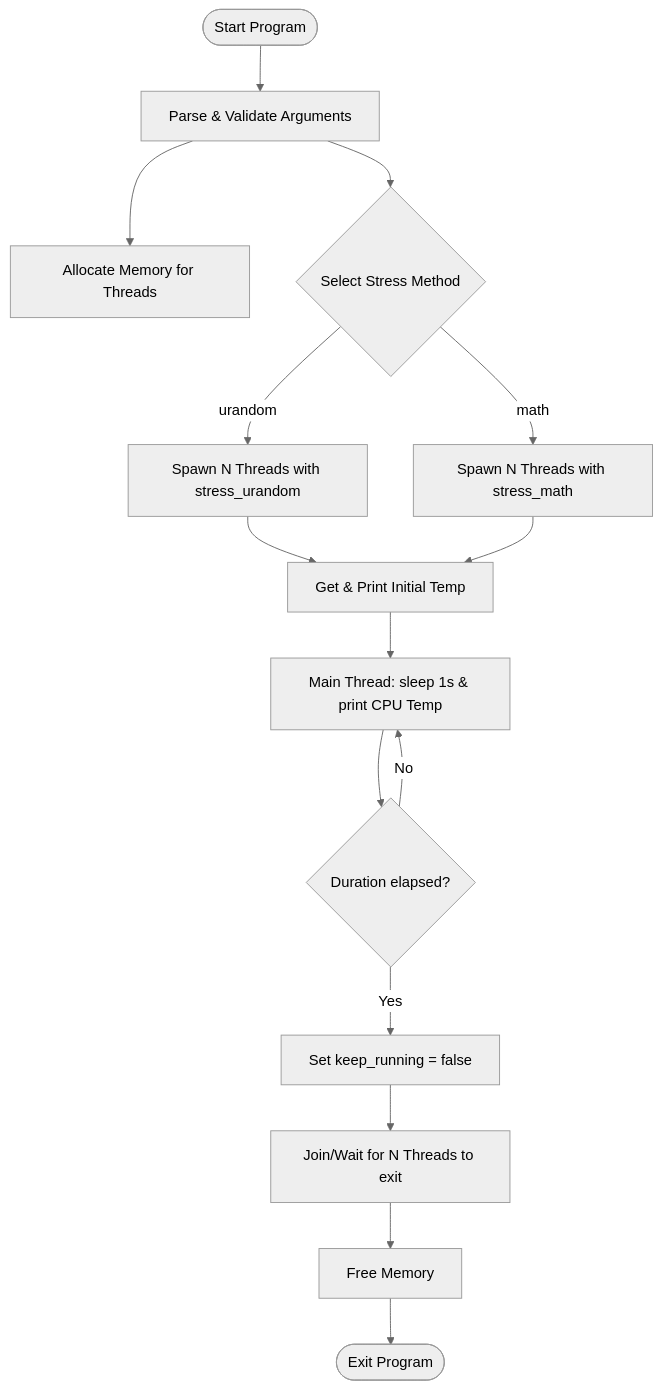
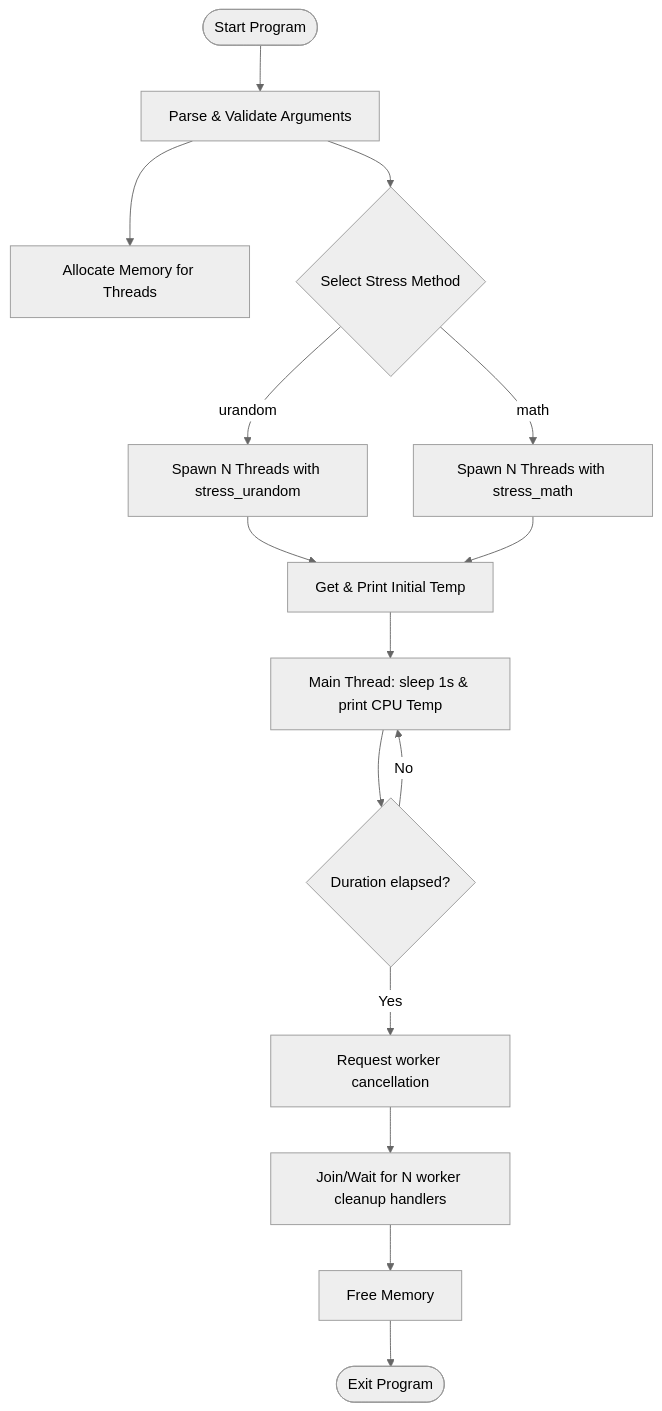
One commit to tiborh/cpu_stress_test changed the first of 2 diagrams in doc/cpu_stress.md. Above: the diagram before and after it, drawn with Mermaid (neutral theme). The commit also changed other lines of this file and 2 other files, not shown here.

Commit message:
copilot: Address the worker-stop synchronization

````diff
--- a/doc/cpu_stress.md
+++ b/doc/cpu_stress.md
@@ -182,17 +182,17 @@
 ```mermaid
 graph TD
     A([Start Program]) --> B[Parse & Validate Arguments]
     B --> C[Allocate Memory for Threads]
     B --> D{Select Stress Method}
     D -- urandom --> E[Spawn N Threads with stress_urandom]
     D -- math --> F[Spawn N Threads with stress_math]
     E --> G[Get & Print Initial Temp]
     F --> G
     G --> H[Main Thread: sleep 1s & print CPU Temp]
     H --> I{Duration elapsed?}
     I -- No --> H
-    I -- Yes --> J[Set keep_running = false]
-    J --> K[Join/Wait for N Threads to exit]
+    I -- Yes --> J[Request worker cancellation]
+    J --> K[Join/Wait for N worker cleanup handlers]
     K --> L[Free Memory]
     L --> M([Exit Program])
 ```
````
